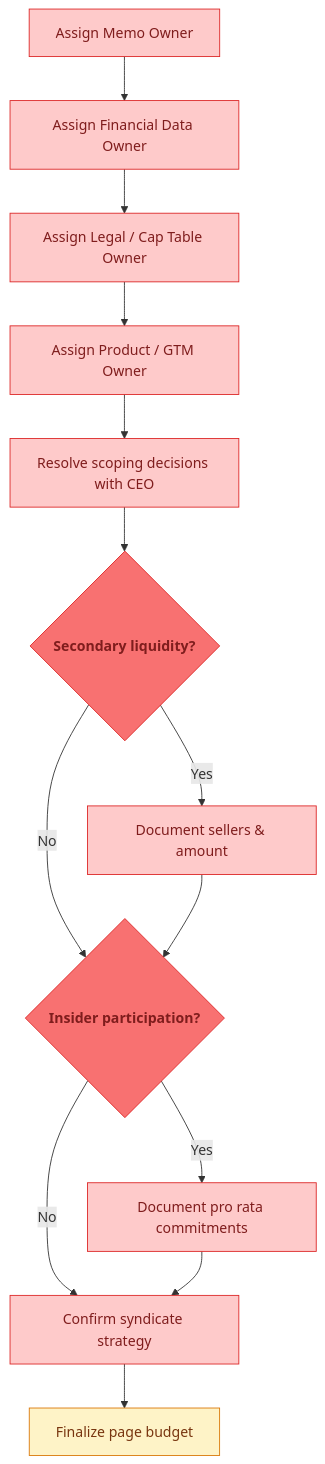
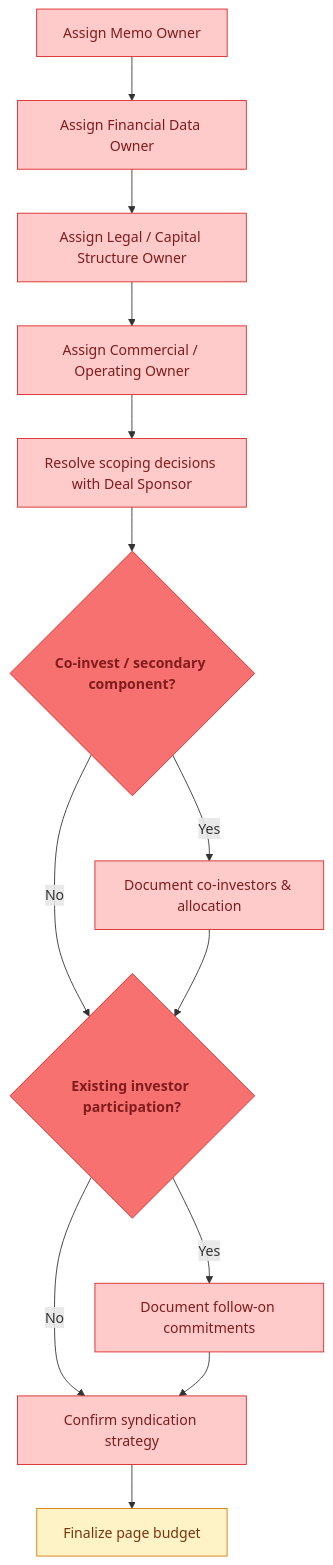
The second of 16 diagrams in README.md (mrchanpark/IC-Memo-Flow-Chart-V2), drawn with Mermaid before and after one commit. The commit also changed other lines of this file and 2 other files, not shown here.

````diff
--- a/README.md
+++ b/README.md
@@ -41,18 +42,18 @@
 ```mermaid
 flowchart TB
   P09["Assign Memo Owner"]:::red --> P10["Assign Financial Data Owner"]:::red
-  P10 --> P11["Assign Legal / Cap Table Owner"]:::red
-  P11 --> P12["Assign Product / GTM Owner"]:::red
-  P12 --> P13["Resolve scoping decisions with CEO"]:::red
-  P13 --> P14{"Secondary liquidity?"}:::redD
-  P14 -- Yes --> P15["Document sellers & amount"]:::red
-  P14 -- No --> P16{"Insider participation?"}:::redD
+  P10 --> P11["Assign Legal / Capital Structure Owner"]:::red
+  P11 --> P12["Assign Commercial / Operating Owner"]:::red
+  P12 --> P13["Resolve scoping decisions with Deal Sponsor"]:::red
+  P13 --> P14{"Co-invest / secondary component?"}:::redD
+  P14 -- Yes --> P15["Document co-investors & allocation"]:::red
+  P14 -- No --> P16{"Existing investor participation?"}:::redD
   P15 --> P16
-  P16 -- Yes --> P17["Document pro rata commitments"]:::red
-  P16 -- No --> P18["Confirm syndicate strategy"]:::red
+  P16 -- Yes --> P17["Document follow-on commitments"]:::red
+  P16 -- No --> P18["Confirm syndication strategy"]:::red
   P17 --> P18
   P18 --> P19["Finalize page budget"]:::yel
   classDef red fill:#fecaca,stroke:#dc2626,color:#7f1d1d
   classDef redD fill:#f87171,stroke:#dc2626,color:#7f1d1d,font-weight:700
   classDef yel fill:#fef3c7,stroke:#d97706,color:#78350f
 ```
````
